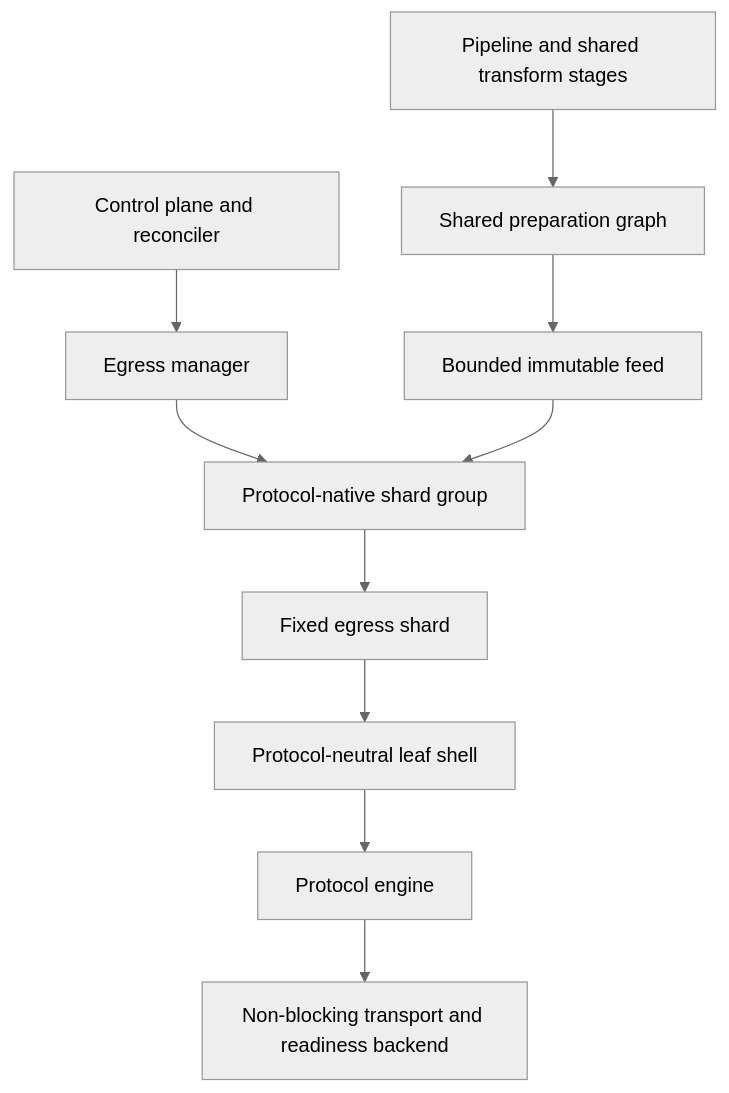
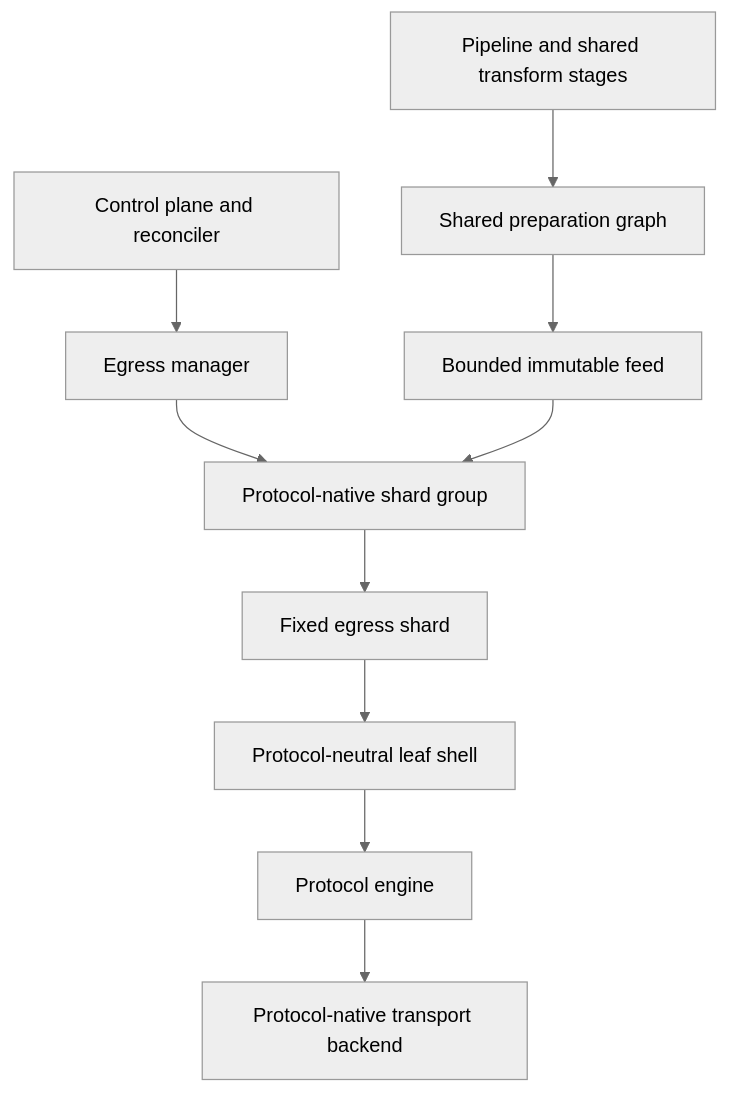
One commit to krsna1729/restream changed the first of 5 diagrams in docs/egress-architecture.md. Above: the diagram before and after it, drawn with Mermaid (neutral theme). The commit also changed other lines of this file and 3 other files, not shown here.

Commit message:
docs: define WI5B transport ownership architecture

````diff
--- a/docs/egress-architecture.md
+++ b/docs/egress-architecture.md
@@ -87,12 +87,12 @@
 ```mermaid
 flowchart TD
     Control["Control plane and reconciler"] --> Manager["Egress manager"]
     Pipeline["Pipeline and shared transform stages"] --> Preparation["Shared preparation graph"]
     Preparation --> Feed["Bounded immutable feed"]
     Manager --> ShardGroup["Protocol-native shard group"]
     Feed --> ShardGroup
     ShardGroup --> Shard["Fixed egress shard"]
     Shard --> Leaf["Protocol-neutral leaf shell"]
     Leaf --> Engine["Protocol engine"]
-    Engine --> Transport["Non-blocking transport and readiness backend"]
+    Engine --> Transport["Protocol-native transport backend"]
 ```
````
